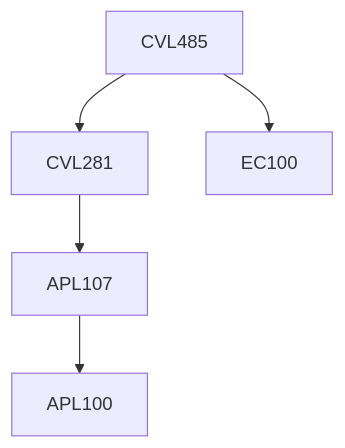
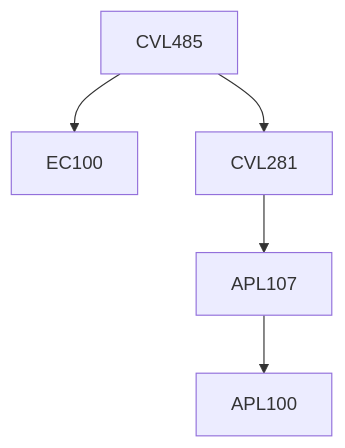
One commit to KeshavBansal0122/CoS_Website changed the diagram in content/Civil Engineering/CVL485.md. Above: the diagram before and after it, drawn with Mermaid. The commit also changed other lines of this file and 392 other files, not shown here.

````diff
--- a/content/Civil Engineering/CVL485.md
+++ b/content/Civil Engineering/CVL485.md
@@ -13,11 +13,11 @@
 ```mermaid
 flowchart TD
 CVL485-289[CVL485]
-CVL281-289 --> APL107-289[APL107]
-APL107-289 --> APL100-289[APL100]
 CVL485-289 --> EC100-289[EC100]
 CVL485-289 --> CVL281-289[CVL281]
+APL107-289 --> APL100-289[APL100]
+CVL281-289 --> APL107-289[APL107]
 
 classDef empty height:17px, fill:transparent, stroke:transparent;
 classDef trueEmpty height:0px, width:0px;
 ```
````
